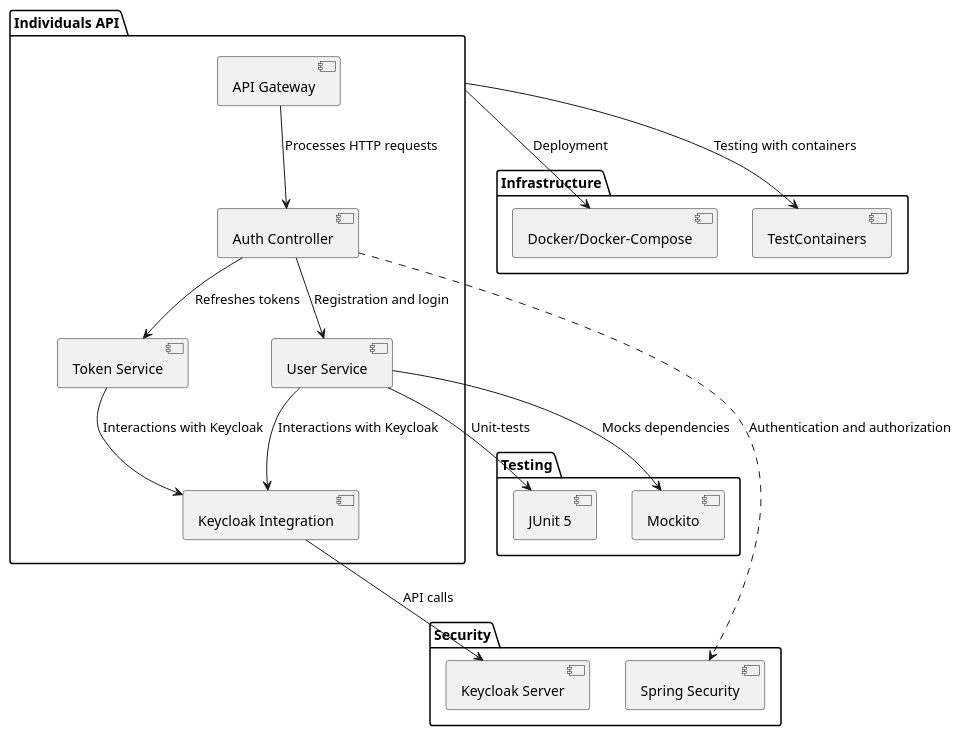
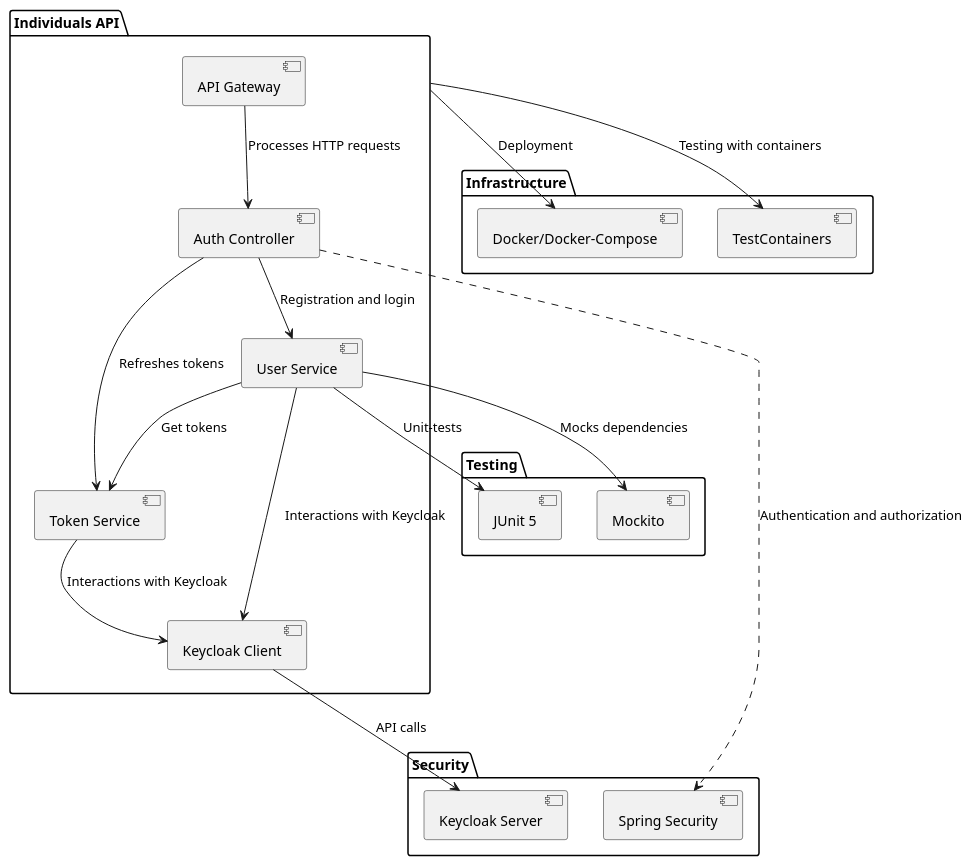
One commit to MelnykVL/fin-tech-app changed the diagram in docs/architecture/individuals-api-comp.puml. Above: the diagram before and after it, drawn with PlantUML.

Commit message:
Fixed individuals-api-comp.puml diagram

```diff
--- a/docs/architecture/individuals-api-comp.puml
+++ b/docs/architecture/individuals-api-comp.puml
@@ -1,35 +1,36 @@
 @startuml
 package "Individuals API" {
     [API Gateway]
     [Auth Controller]
     [User Service]
     [Token Service]
-    [Keycloak Integration]
+    [Keycloak Client]
 }
 package "Security" {
     [Spring Security]
     [Keycloak Server]
 }
 package "Infrastructure" {
     [Docker/Docker-Compose]
     [TestContainers]
 }
 package "Testing" {
     [JUnit 5]
     [Mockito]
 }
 
 [API Gateway] --> [Auth Controller] : Processes HTTP requests
 [Auth Controller] --> [User Service] : Registration and login
 [Auth Controller] --> [Token Service] : Refreshes tokens
-[User Service] --> [Keycloak Integration] : Interactions with Keycloak
-[Token Service] --> [Keycloak Integration] : Interactions with Keycloak
-[Keycloak Integration] --> [Keycloak Server] : API calls
+[User Service] --> [Keycloak Client] : Interactions with Keycloak
+[User Service] --> [Token Service] : Get tokens
+[Token Service] --> [Keycloak Client] : Interactions with Keycloak
+[Keycloak Client] --> [Keycloak Server] : API calls
 
 [Auth Controller] ..> [Spring Security] : Authentication and authorization
 
 [Individuals API] --> [Docker/Docker-Compose] : Deployment
 [Individuals API] --> [TestContainers] : Testing with containers
 [User Service] --> [JUnit 5] : Unit-tests
 [User Service] --> [Mockito] : Mocks dependencies
 @enduml
```
